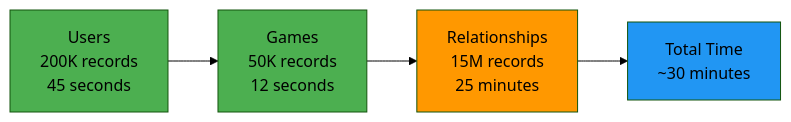
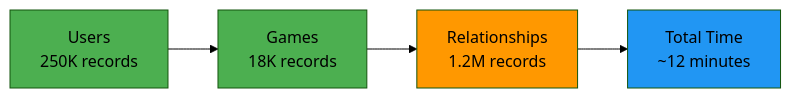
The fourth of 5 diagrams in content/RecpommenderSystems/3data-import-strategies-article.md (RiccardoScott1/articles), drawn with Mermaid (forest theme) before and after one commit. The commit also changed other lines of this file and 4 other files, not shown here.

````diff
--- a/content/RecpommenderSystems/3data-import-strategies-article.md
+++ b/content/RecpommenderSystems/3data-import-strategies-article.md
@@ -261,11 +252,11 @@
 ```mermaid
 graph LR
-    A[Users<br/>200K records<br/>45 seconds] --> B[Games<br/>50K records<br/>12 seconds]
-    B --> C[Relationships<br/>15M records<br/>25 minutes]
-    C --> D[Total Time<br/>~30 minutes]
+    A[Users<br/>250K records] --> B[Games<br/>18K records]
+    B --> C[Relationships<br/>1.2M records]
+    C --> D[Total Time<br/>~12 minutes]
     
     style A fill:#4caf50
     style B fill:#4caf50  
     style C fill:#ff9800
     style D fill:#2196f3
 ```
````
